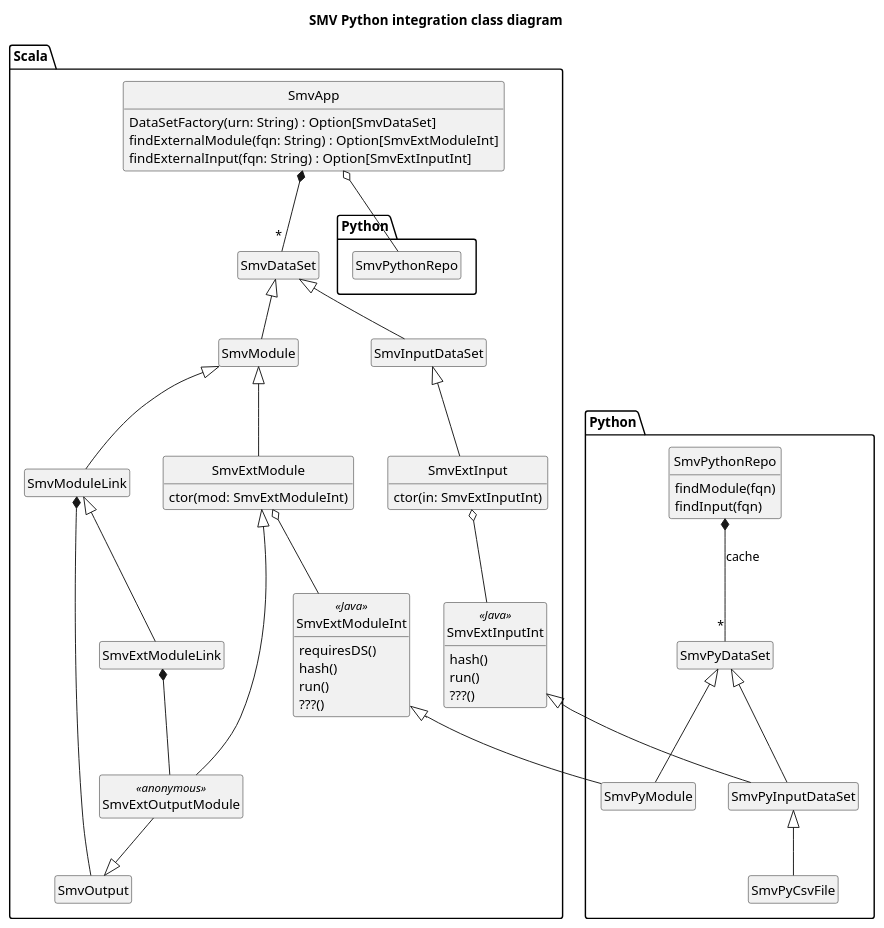
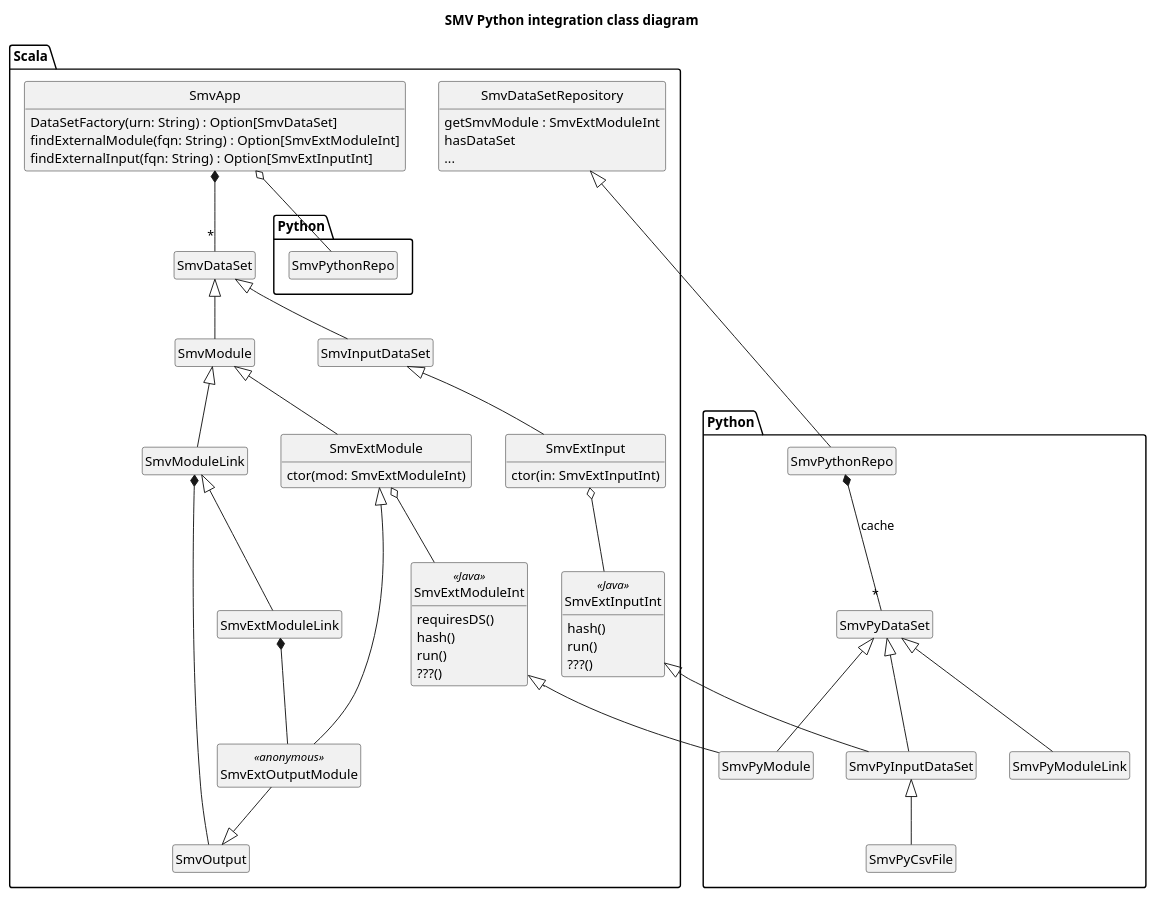
One commit to TresAmigosSD/SMV changed the diagram in docs/design/Python/py_api_class.puml. Above: the diagram before and after it, drawn with PlantUML.

Commit message:
changes to python class diagram from code review

```diff
--- a/docs/design/Python/py_api_class.puml
+++ b/docs/design/Python/py_api_class.puml
@@ -1,73 +1,77 @@
 @startuml
 
 title SMV Python integration class diagram
 
 hide empty methods
 hide empty fields
 hide circle
 
 package Scala {
   class SmvApp {
     DataSetFactory(urn: String) : Option[SmvDataSet]
     findExternalModule(fqn: String) : Option[SmvExtModuleInt]
     findExternalInput(fqn: String) : Option[SmvExtInputInt]
   }
   class SmvOutput
   class SmvDataSet
   class SmvInputDataSet extends SmvDataSet
   class Scala.SmvExtModuleInt <<Java>> {
     requiresDS()
     hash()
     run()
     ???()
   }
   class Scala.SmvExtInputInt <<Java>> {
     hash()
     run()
     ???()
   }
+  class Scala.SmvDataSetRepository {
+    getSmvModule : SmvExtModuleInt
+    hasDataSet
+    ...
+  }
 
   SmvApp o-- Python.SmvPythonRepo
   SmvApp *-- "*" SmvDataSet
 
   class SmvModuleLink extends SmvModule
   SmvModuleLink *-- SmvOutput
 
   class SmvModule extends SmvDataSet
 
   class SmvExtModule extends SmvModule {
     ctor(mod: SmvExtModuleInt)
   }
   SmvExtModule o-- Scala.SmvExtModuleInt
 
   class SmvExtOutputModule <<anonymous>> extends SmvExtModule
   SmvExtOutputModule --|> SmvOutput
 
   class SmvExtInput extends SmvInputDataSet {
     ctor(in: SmvExtInputInt)
   }
   SmvExtInput o-- Scala.SmvExtInputInt
 
   class SmvExtModuleLink extends SmvModuleLink
   SmvExtModuleLink *-- SmvExtOutputModule
 }
 
 package Python {
-  class SmvPythonRepo {
-    findModule(fqn)
-    findInput(fqn)
-  }
+  class SmvPythonRepo extends Scala.SmvDataSetRepository
   class SmvPyDataSet
 
   class SmvPyModule extends Scala.SmvExtModuleInt
   SmvPyModule -U-|> SmvPyDataSet
 
   class SmvPyInputDataSet extends Scala.SmvExtInputInt
   SmvPyInputDataSet -U-|> SmvPyDataSet
 
+  class SmvPyModuleLink extends SmvPyDataSet
+
   SmvPythonRepo *-- "*" SmvPyDataSet : "cache"
 
   SmvPyCsvFile -U-|> SmvPyInputDataSet
 }
 
 @enduml
```
